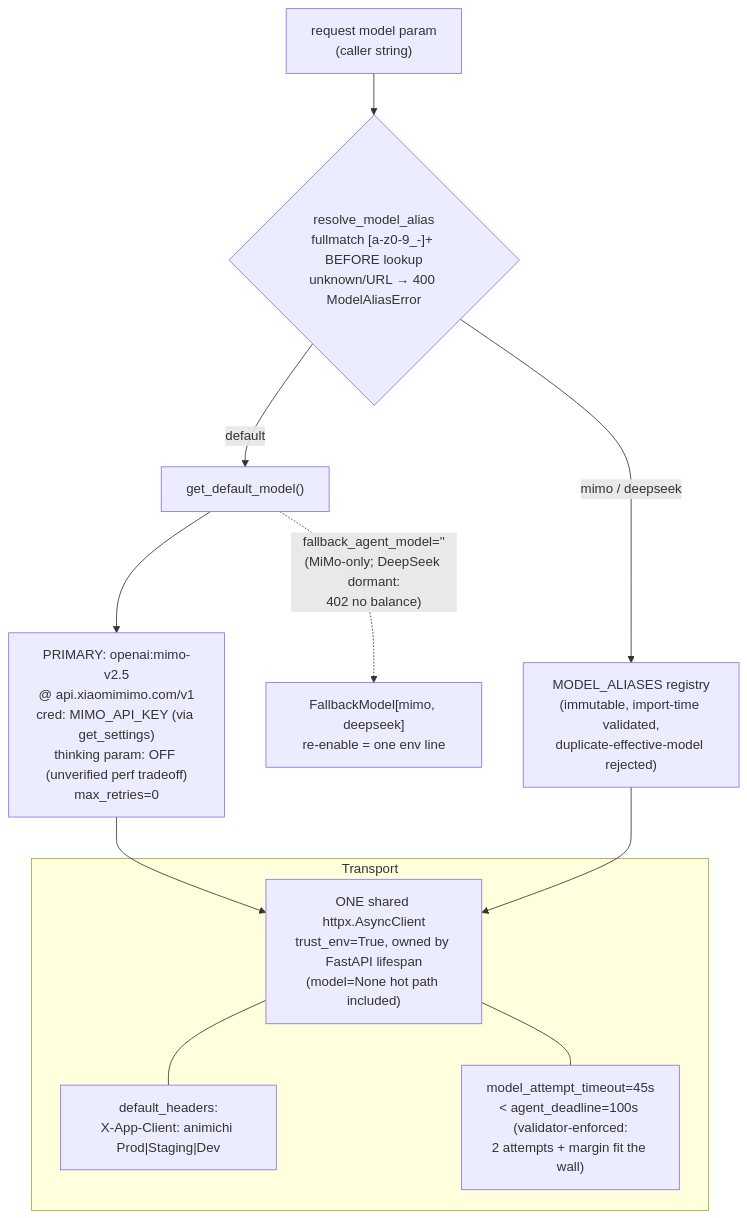
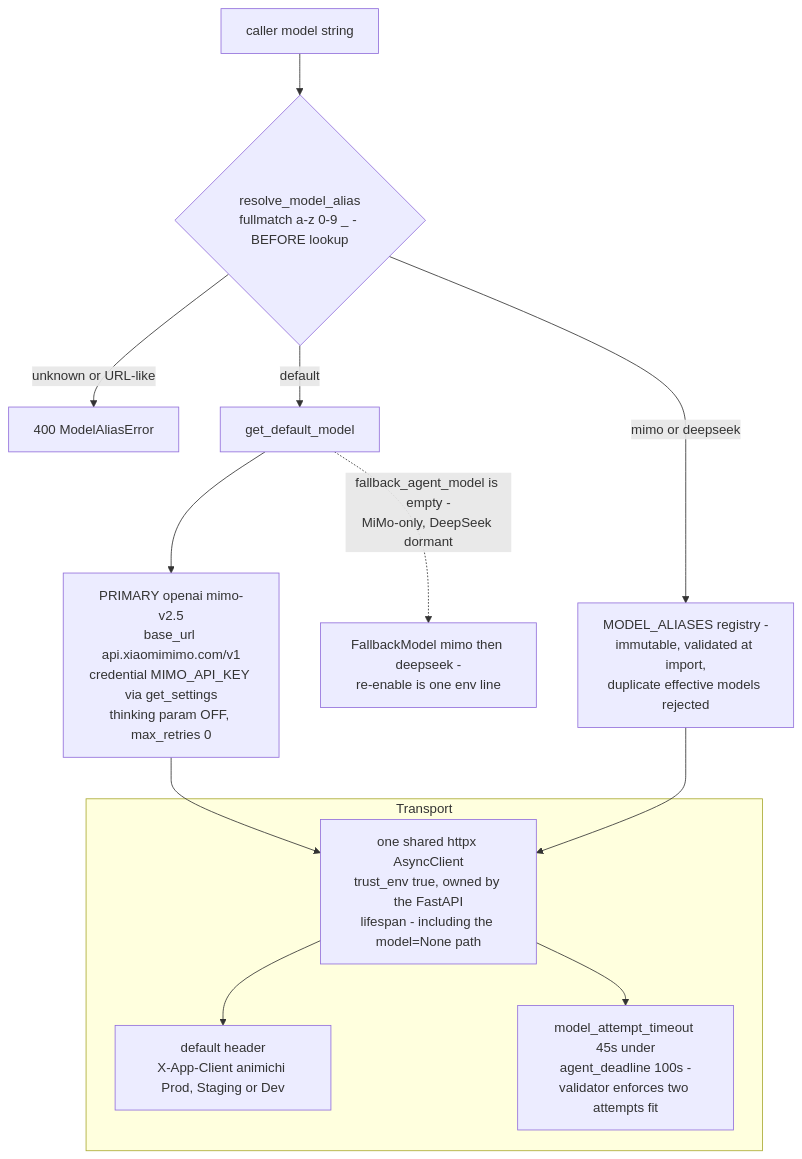
Before and after one commit to lifeodyssey/animichi: the fourth of 5 diagrams in docs/architecture-diagrams.md, drawn with Mermaid. The commit also changed other lines of this file and 1 other file, not shown here.

First line of the commit message:
docs: agent-scoped architecture diagrams, verified against code

````diff
--- a/docs/architecture-diagrams.md
+++ b/docs/architecture-diagrams.md
@@ -186,20 +169,21 @@
 ```mermaid
 flowchart TD
-    REQ["request model param<br/>(caller string)"] --> GATE{"resolve_model_alias<br/>fullmatch [a-z0-9_-]+ BEFORE lookup<br/>unknown/URL → 400 ModelAliasError"}
-    GATE -->|"default"| DEF["get_default_model()"]
-    GATE -->|"mimo / deepseek"| ALIAS["MODEL_ALIASES registry<br/>(immutable, import-time validated,<br/>duplicate-effective-model rejected)"]
+    REQ["caller model string"] --> GATE{"resolve_model_alias<br/>fullmatch a-z 0-9 _ - BEFORE lookup"}
+    GATE -->|unknown or URL-like| ERR["400 ModelAliasError"]
+    GATE -->|default| DEF["get_default_model"]
+    GATE -->|mimo or deepseek| REG["MODEL_ALIASES registry -<br/>immutable, validated at import,<br/>duplicate effective models rejected"]
 
-    DEF --> PRIME["PRIMARY: openai:mimo-v2.5<br/>@ api.xiaomimimo.com/v1<br/>cred: MIMO_API_KEY (via get_settings)<br/>thinking param: OFF (unverified perf tradeoff)<br/>max_retries=0"]
-    DEF -.->|"fallback_agent_model=''<br/>(MiMo-only; DeepSeek dormant:<br/>402 no balance)"| FB["FallbackModel[mimo, deepseek]<br/>re-enable = one env line"]
+    DEF --> PRIM["PRIMARY openai mimo-v2.5<br/>base_url api.xiaomimimo.com/v1<br/>credential MIMO_API_KEY via get_settings<br/>thinking param OFF, max_retries 0"]
+    DEF -.->|"fallback_agent_model is empty -<br/>MiMo-only, DeepSeek dormant"| FBK["FallbackModel mimo then deepseek -<br/>re-enable is one env line"]
 
-    subgraph HTTP["Transport"]
-        CLIENT["ONE shared httpx.AsyncClient<br/>trust_env=True, owned by FastAPI lifespan<br/>(model=None hot path included)"]
-        HDR["default_headers:<br/>X-App-Client: animichi Prod|Staging|Dev"]
-        TMO["model_attempt_timeout=45s<br/>&lt; agent_deadline=100s (validator-enforced:<br/>2 attempts + margin fit the wall)"]
+    subgraph TRANSPORT["Transport"]
+        CL["one shared httpx AsyncClient<br/>trust_env true, owned by the FastAPI<br/>lifespan - including the model=None path"]
+        HD["default header<br/>X-App-Client animichi Prod, Staging or Dev"]
+        TM["model_attempt_timeout 45s under<br/>agent_deadline 100s -<br/>validator enforces two attempts fit"]
     end
 
-    PRIME --> CLIENT
-    ALIAS --> CLIENT
-    CLIENT --- HDR
-    CLIENT --- TMO
+    PRIM --> CL
+    REG --> CL
+    CL --> HD
+    CL --> TM
 ```
````
